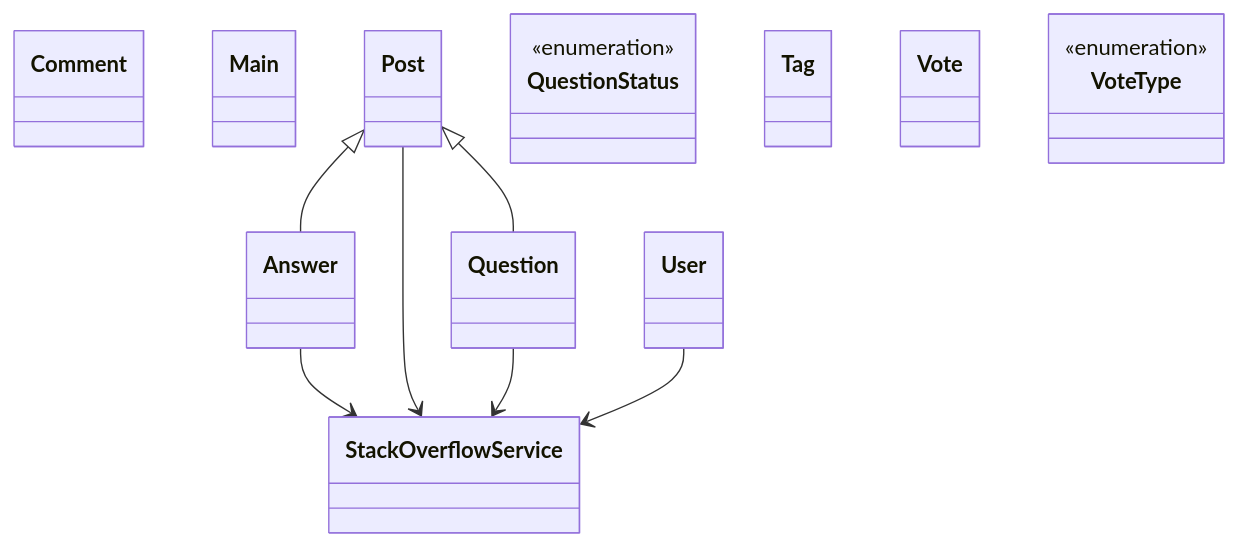
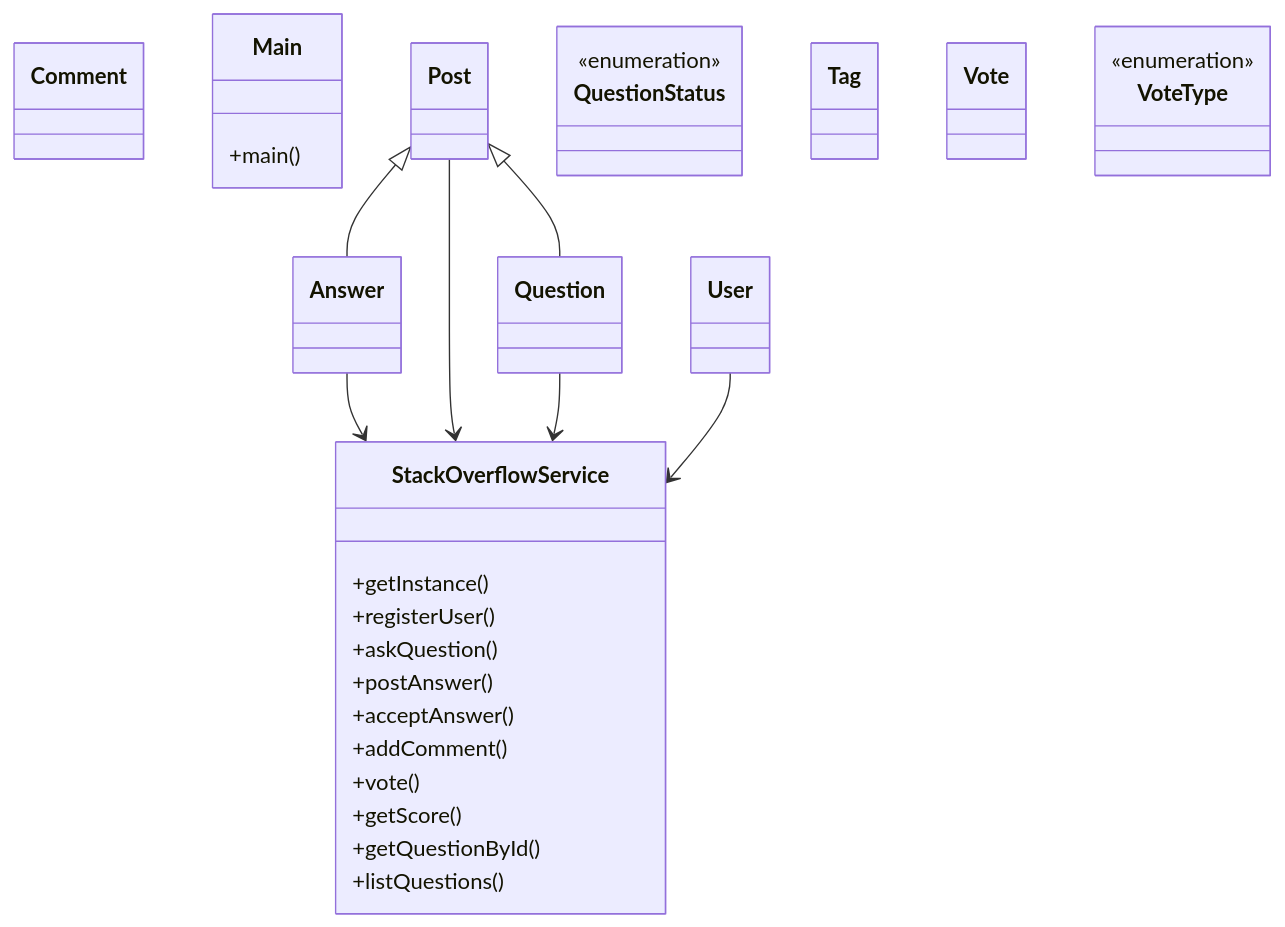
The diagram in questions/low_level_design/18_stack_overflow_lld.md (amanjaiswal30/dsa-solutions), drawn with Mermaid before and after one commit. The commit also changed other lines of this file and 210 other files, not shown here.

````diff
--- a/questions/low_level_design/18_stack_overflow_lld.md
+++ b/questions/low_level_design/18_stack_overflow_lld.md
@@ -54,24 +54,37 @@
 ```mermaid
 classDiagram
     class Answer
     class Comment
-    class Main
+    class Main {
+        +main()
+    }
     class Post
     class Question
     class QuestionStatus {
         <<enumeration>>
     }
-    class StackOverflowService
+    class StackOverflowService {
+        +getInstance()
+        +registerUser()
+        +askQuestion()
+        +postAnswer()
+        +acceptAnswer()
+        +addComment()
+        +vote()
+        +getScore()
+        +getQuestionById()
+        +listQuestions()
+    }
     class Tag
     class User
     class Vote
     class VoteType {
         <<enumeration>>
     }
     Post <|-- Answer
     Post <|-- Question
     Answer --> StackOverflowService
     Post --> StackOverflowService
     Question --> StackOverflowService
     User --> StackOverflowService
 ```
````
